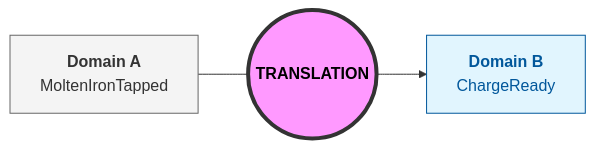
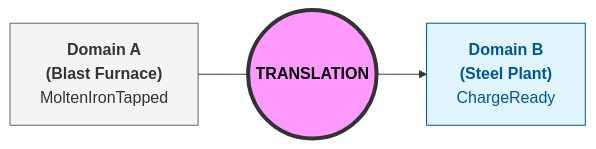
The first of 2 diagrams in README.md (jexxa-projects/DigiSpine), drawn with Mermaid before and after one commit. The commit also changed other lines of this file, not shown here.

````diff
--- a/README.md
+++ b/README.md
@@ -116,19 +116,19 @@
 ```mermaid
 graph LR
 %% Definition der Knoten
-B["<b>Domain B</b><br>ChargeReady"]
+A["<b>Domain A \n(Blast Furnace)</b><br>MoltenIronTapped"]
+B["<b>Domain B \n(Steel Plant)</b><br>ChargeReady"]
 Trans(("<b>TRANSLATION</b>"))
-A["<b>Domain A</b><br>MoltenIronTapped"]
 
 %% Verbindungen (Rechts nach Links)
 A --- Trans
 Trans --> B
 
 %% Styling für den Translation-Knoten (Größer & Hervorgehoben)
 style Trans fill:#f9f,stroke:#333,stroke-width:4px,color:#000
 
 %% Styling für die Domains
 style A fill:#f4f4f4,stroke:#666,color:#333
 style B fill:#e1f5fe,stroke:#01579b,color:#01579b
 
 ```
````
